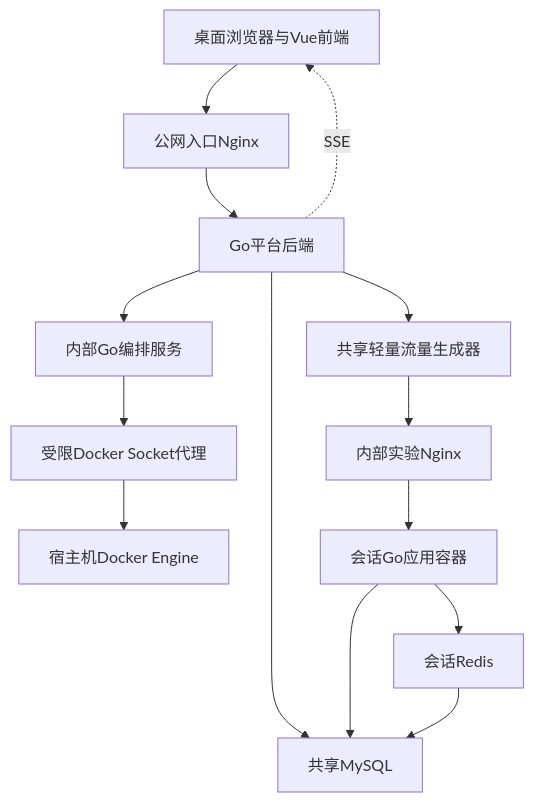
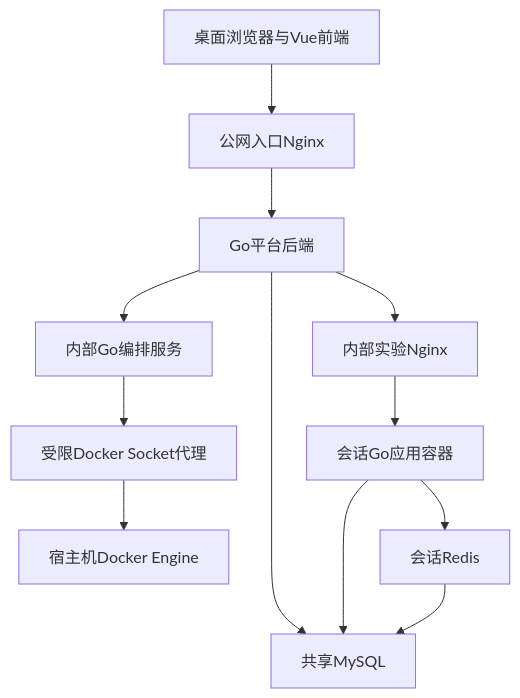
Before and after one commit to Yelo-Pandora/Website-GoBased: the diagram in docs/superpowers/specs/2026-07-11-backend-architecture-learning-platform-srs-design.md, drawn with Mermaid. The commit also changed other lines of this file and 7 other files, not shown here.

```diff
--- a/docs/superpowers/specs/2026-07-11-backend-architecture-learning-platform-srs-design.md
+++ b/docs/superpowers/specs/2026-07-11-backend-architecture-learning-platform-srs-design.md
@@ -76,16 +77,14 @@
 ~~~mermaid
 flowchart TB
     Browser["桌面浏览器与Vue前端"] --> Edge["公网入口Nginx"]
     Edge --> API["Go平台后端"]
     API --> MySQL["共享MySQL"]
     API --> Orchestrator["内部Go编排服务"]
     Orchestrator --> Proxy["受限Docker Socket代理"]
     Proxy --> Docker["宿主机Docker Engine"]
-    API --> Generator["共享轻量流量生成器"]
-    Generator --> Gateway["内部实验Nginx"]
+    API --> Gateway["内部实验Nginx"]
     Gateway --> Apps["会话Go应用容器"]
     Apps --> Redis["会话Redis"]
     Apps --> MySQL
     Redis --> MySQL
-    API -.SSE.-> Browser
 ~~~
```
